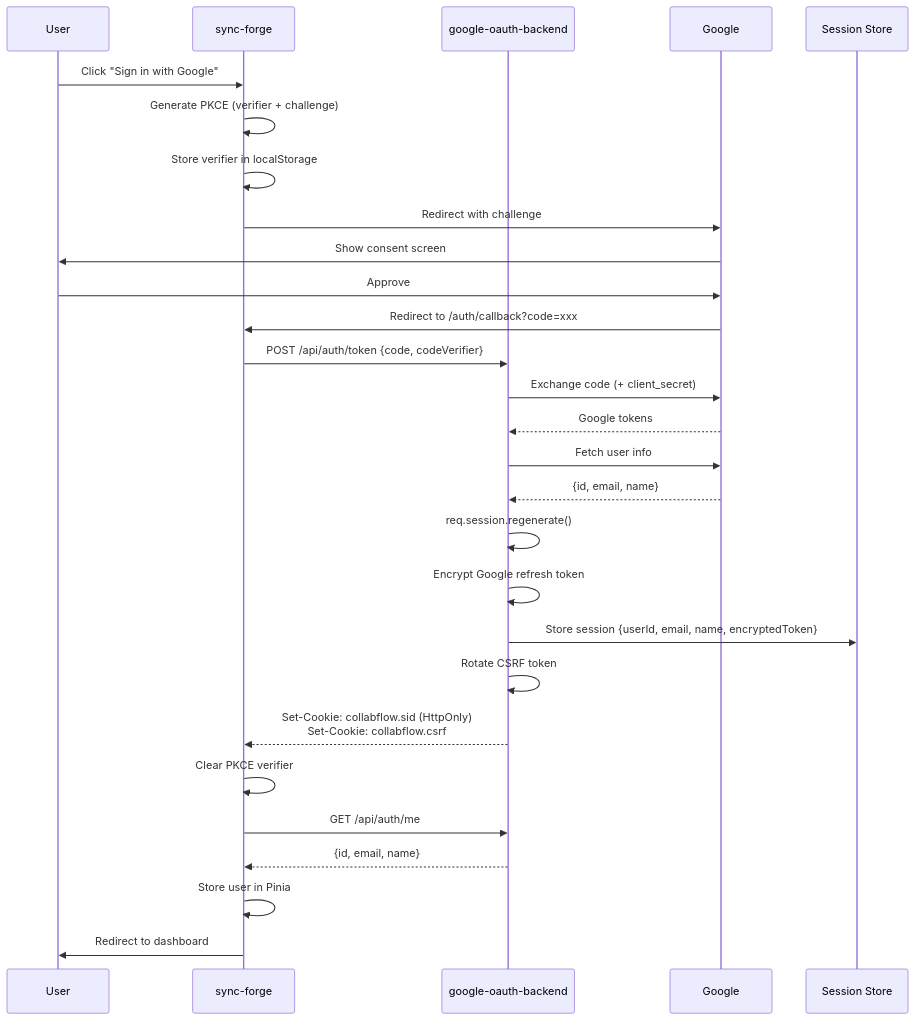
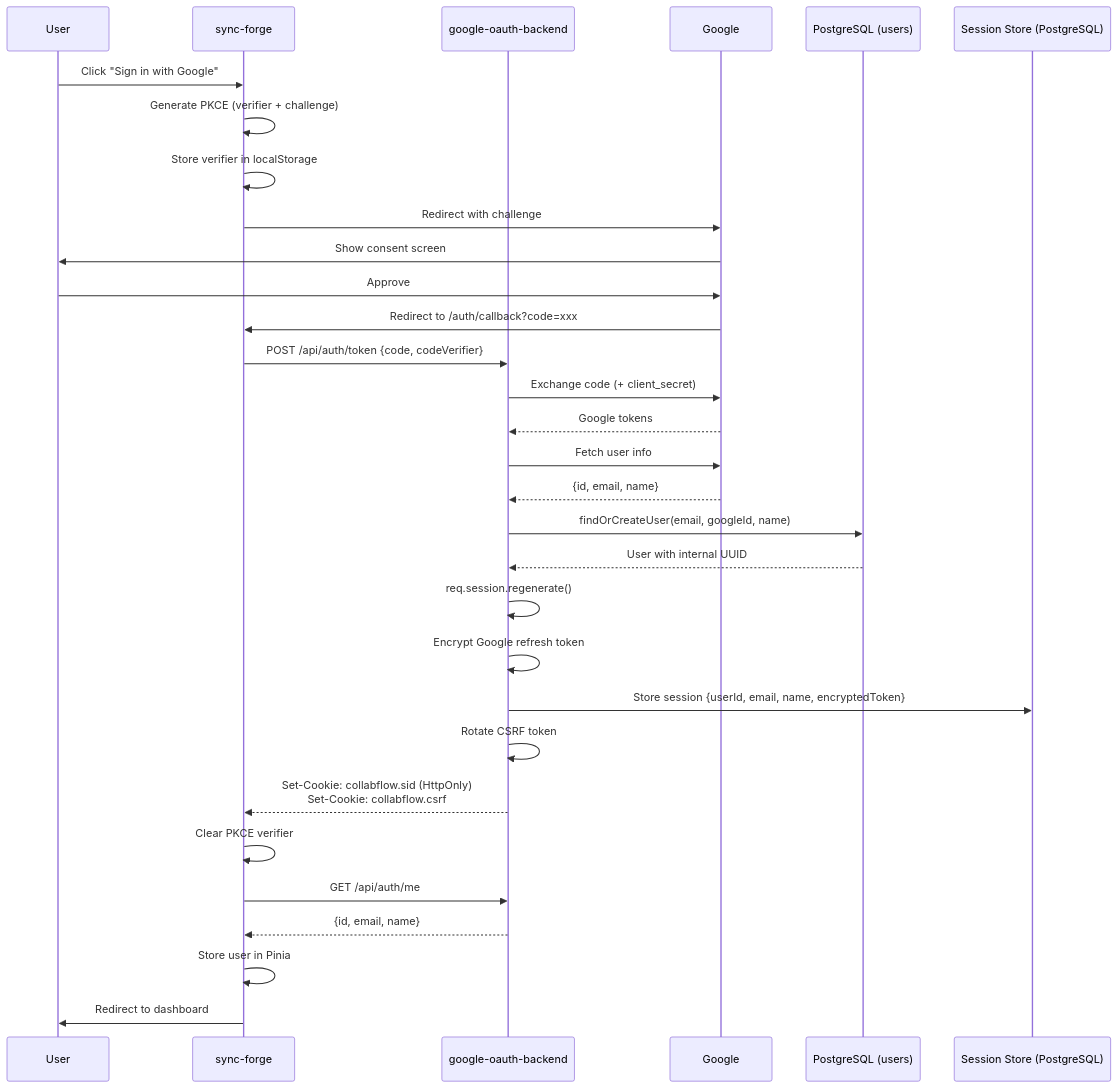
Before and after one commit to akronim/collab-flow: the third of 6 diagrams in SESSION_AUTH_DIAGRAMS.md, drawn with Mermaid. The commit also changed other lines of this file and 58 other files, not shown here.

````diff
--- a/SESSION_AUTH_DIAGRAMS.md
+++ b/SESSION_AUTH_DIAGRAMS.md
@@ -70,31 +79,34 @@
 ```mermaid
 sequenceDiagram
     participant U as User
     participant FE as sync-forge
     participant GW as google-oauth-backend
     participant G as Google
-    participant SS as Session Store
+    participant DB as PostgreSQL (users)
+    participant SS as Session Store (PostgreSQL)
 
     U->>FE: Click "Sign in with Google"
     FE->>FE: Generate PKCE (verifier + challenge)
     FE->>FE: Store verifier in localStorage
     FE->>G: Redirect with challenge
     G->>U: Show consent screen
     U->>G: Approve
     G->>FE: Redirect to /auth/callback?code=xxx
     FE->>GW: POST /api/auth/token {code, codeVerifier}
     GW->>G: Exchange code (+ client_secret)
     G-->>GW: Google tokens
     GW->>G: Fetch user info
     G-->>GW: {id, email, name}
+    GW->>DB: findOrCreateUser(email, googleId, name)
+    DB-->>GW: User with internal UUID
     GW->>GW: req.session.regenerate()
     GW->>GW: Encrypt Google refresh token
     GW->>SS: Store session {userId, email, name, encryptedToken}
     GW->>GW: Rotate CSRF token
     GW-->>FE: Set-Cookie: collabflow.sid (HttpOnly)<br/>Set-Cookie: collabflow.csrf
     FE->>FE: Clear PKCE verifier
     FE->>GW: GET /api/auth/me
     GW-->>FE: {id, email, name}
     FE->>FE: Store user in Pinia
     FE->>U: Redirect to dashboard
 ```
````
